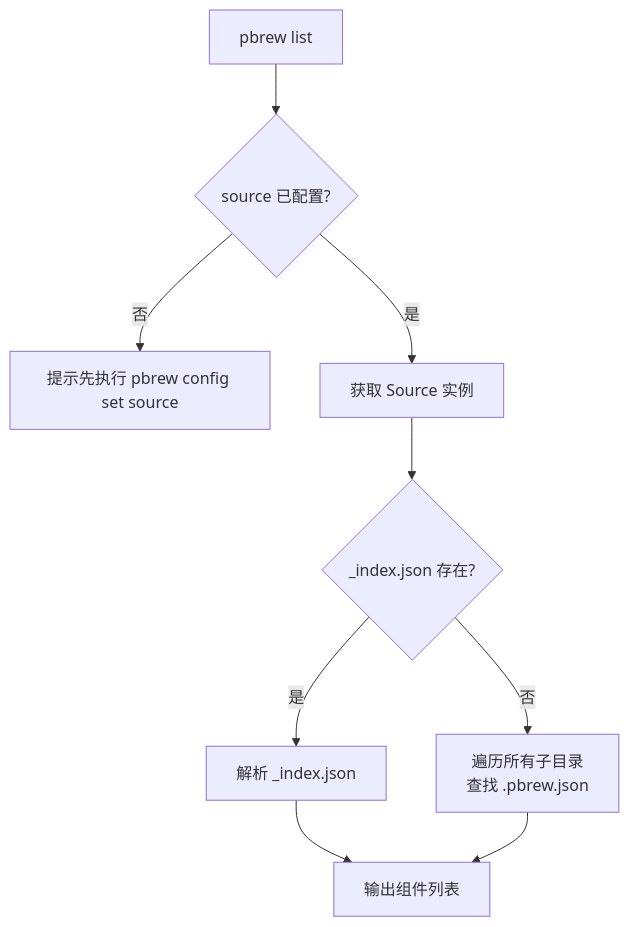
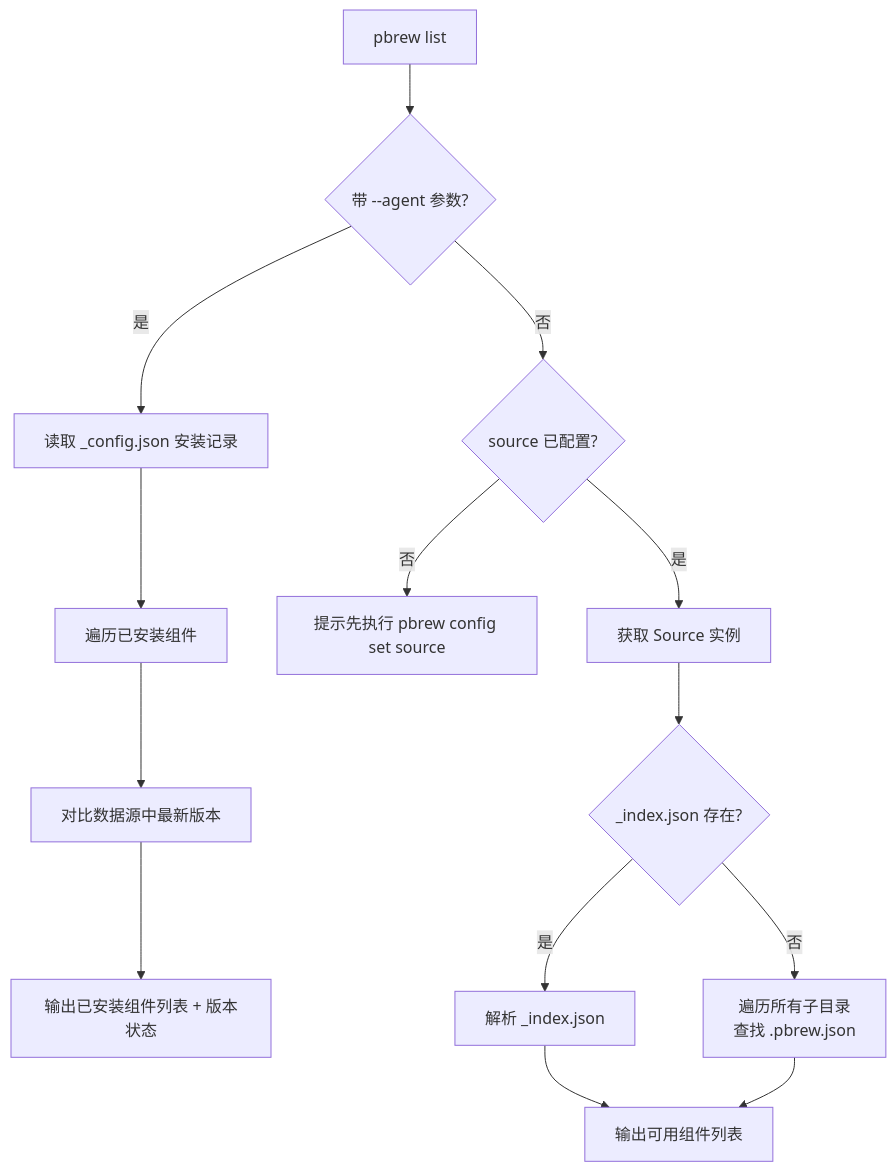
One commit to 0Litost0/pbrew changed the fifth of 9 diagrams in feature/init/requirement_design.md. Above: the diagram before and after it, drawn with Mermaid. The commit also changed other lines of this file and 2 other files, not shown here.

````diff
--- a/feature/init/requirement_design.md
+++ b/feature/init/requirement_design.md
@@ -732,11 +730,16 @@
 ```mermaid
 flowchart TD
-    A[pbrew list] --> B{source 已配置?}
-    B -- 否 --> C[提示先执行 pbrew config set source]
-    B -- 是 --> D[获取 Source 实例]
-    D --> E{_index.json 存在?}
-    E -- 是 --> F[解析 _index.json]
-    E -- 否 --> G[遍历所有子目录<br/>查找 .pbrew.json]
-    F --> H[输出组件列表]
-    G --> H
+    A[pbrew list] --> B{带 --agent 参数?}
+    B -- 是 --> C[读取 _config.json 安装记录]
+    C --> D[遍历已安装组件]
+    D --> E[对比数据源中最新版本]
+    E --> F[输出已安装组件列表 + 版本状态]
+    B -- 否 --> G{source 已配置?}
+    G -- 否 --> H[提示先执行 pbrew config set source]
+    G -- 是 --> I[获取 Source 实例]
+    I --> J{_index.json 存在?}
+    J -- 是 --> K[解析 _index.json]
+    J -- 否 --> L[遍历所有子目录<br/>查找 .pbrew.json]
+    K --> M[输出可用组件列表]
+    L --> M
 ```
````
